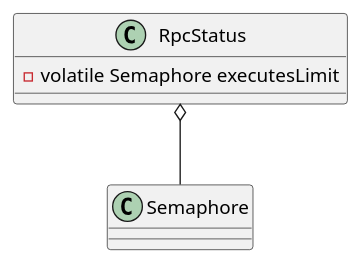
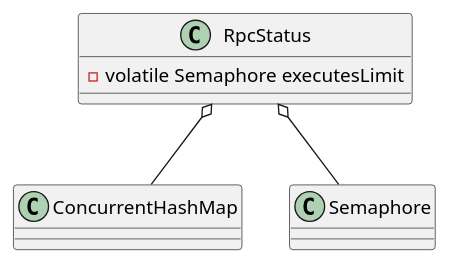
One commit to onlyonion/development changed the diagram in docs/30-distributed/src/dubbo/rpc/RpcStatus.md. Above: the diagram before and after it, drawn with PlantUML. The commit also changed other lines of this file and 20 other files, not shown here.

````diff
--- a/docs/30-distributed/src/dubbo/rpc/RpcStatus.md
+++ b/docs/30-distributed/src/dubbo/rpc/RpcStatus.md
@@ -11,11 +11,12 @@
 ```plantuml
 @startuml
 
 class RpcStatus {
     - volatile Semaphore executesLimit
 }
 
+RpcStatus o-- ConcurrentHashMap
 RpcStatus o-- Semaphore
 
 @enduml
 ```  
````
